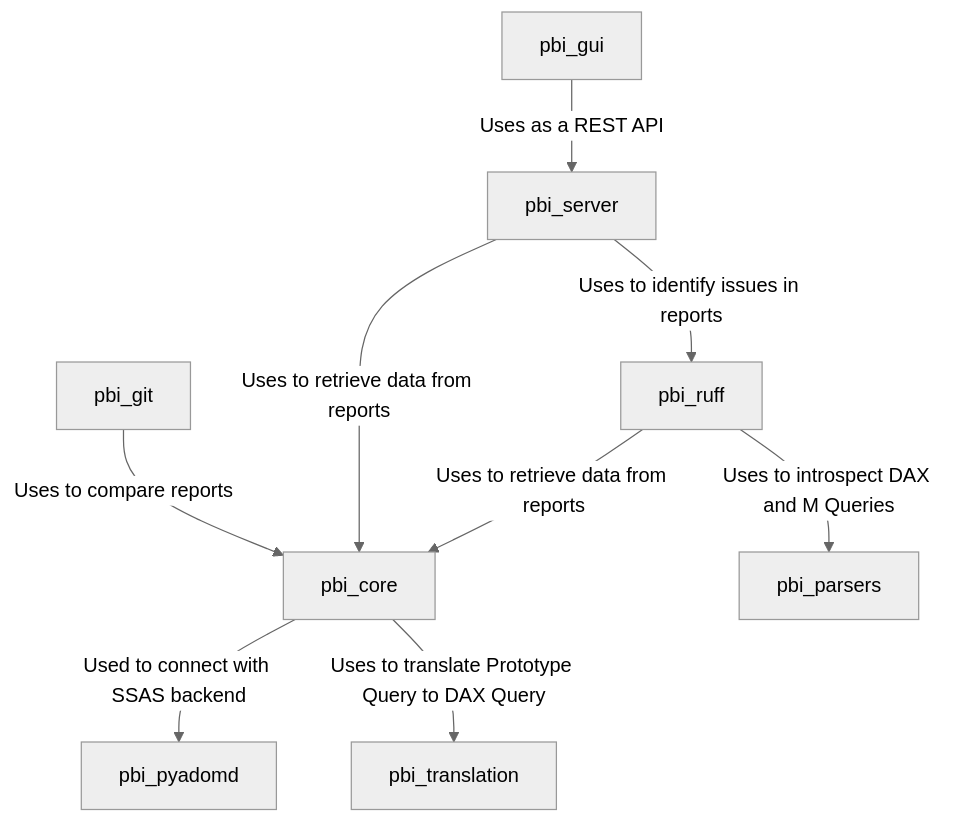
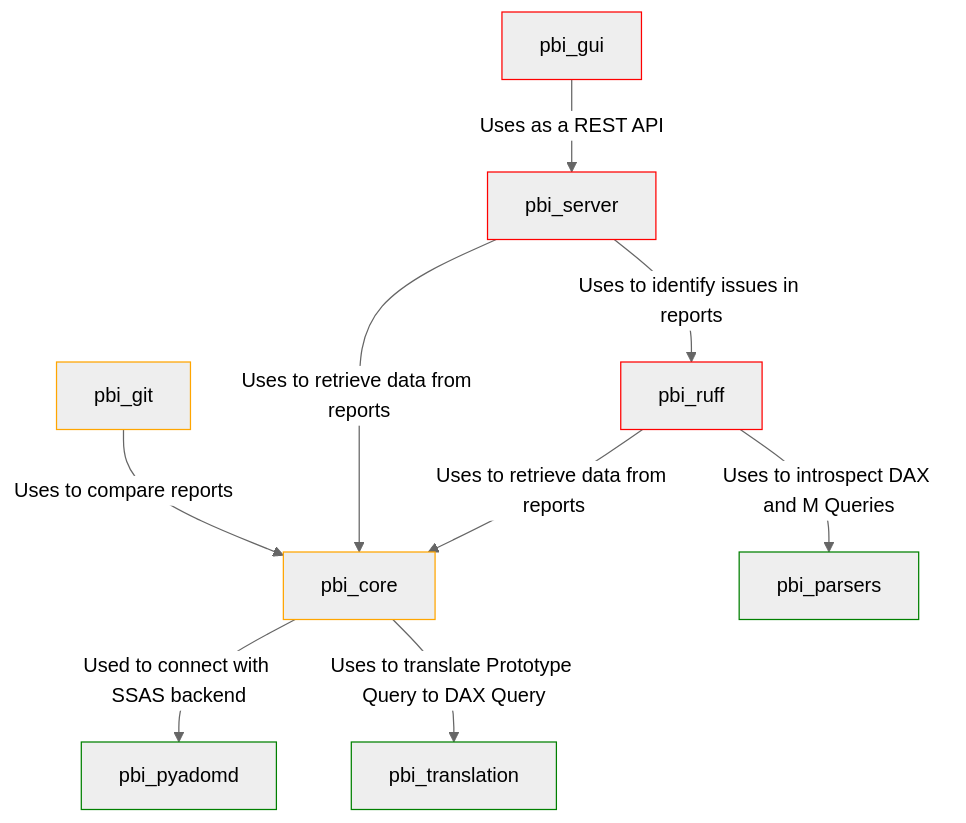
The first of 2 diagrams in docs/docs/general/ecosystem.md (douglassimonsen/pbi_core), drawn with Mermaid (neutral theme) before and after one commit. The commit also changed other lines of this file, not shown here.

Commit message:
More mermaid ecosystem updates

````diff
--- a/docs/docs/general/ecosystem.md
+++ b/docs/docs/general/ecosystem.md
@@ -20,20 +25,22 @@
 ```mermaid
 flowchart TD
-    pbi_server
-    pbi_gui
-    pbi_core
-    pbi_ruff
-    pbi_pyadomd
-    pbi_translation
-    pbi_parsers
-    pbi_git
+    
+    style pbi_server stroke:red
+    style pbi_gui stroke:red
+    style pbi_core stroke:orange
+    style pbi_ruff stroke:red
+    style pbi_pyadomd stroke:green
+    style pbi_translation stroke:green
+    style pbi_parsers stroke:green
+    style pbi_git stroke:orange
+
 
     pbi_git -- Uses to compare reports --> pbi_core
     pbi_gui -- Uses as a REST API --> pbi_server
     pbi_server -- Uses to retrieve data from reports --> pbi_core
     pbi_server -- Uses to identify issues in reports --> pbi_ruff
     pbi_ruff -- Uses to retrieve data from reports --> pbi_core
     pbi_core -- Used to connect with SSAS backend --> pbi_pyadomd
     pbi_core -- Uses to translate Prototype Query to DAX Query --> pbi_translation
     pbi_ruff -- Uses to introspect DAX and M Queries --> pbi_parsers
 ```
````
